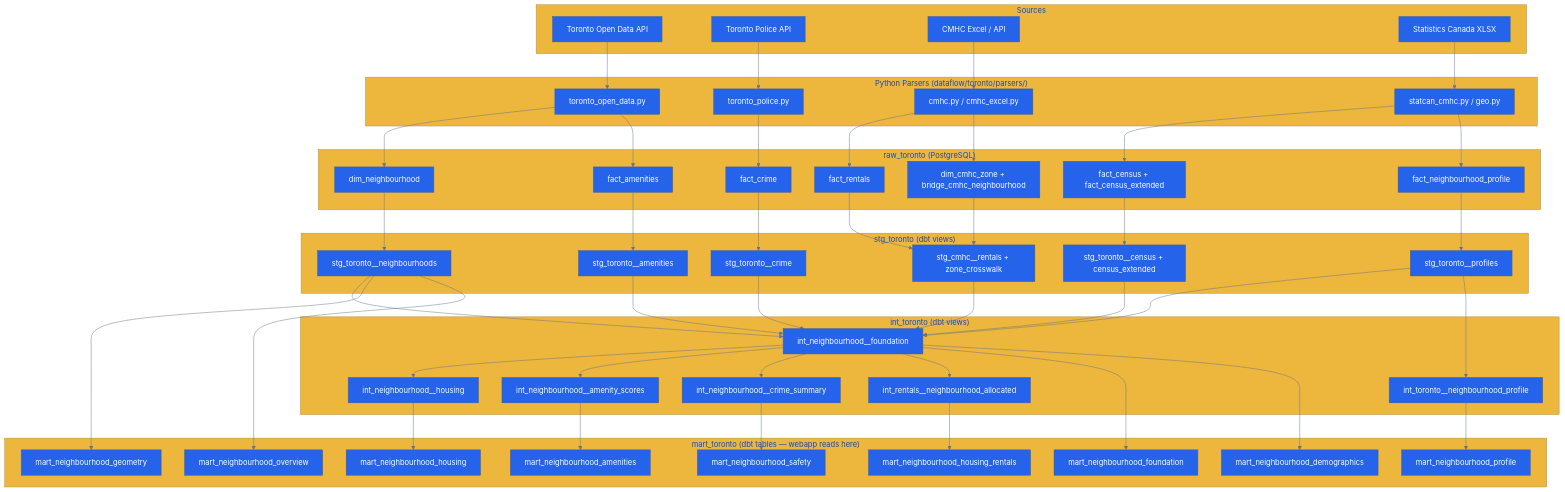
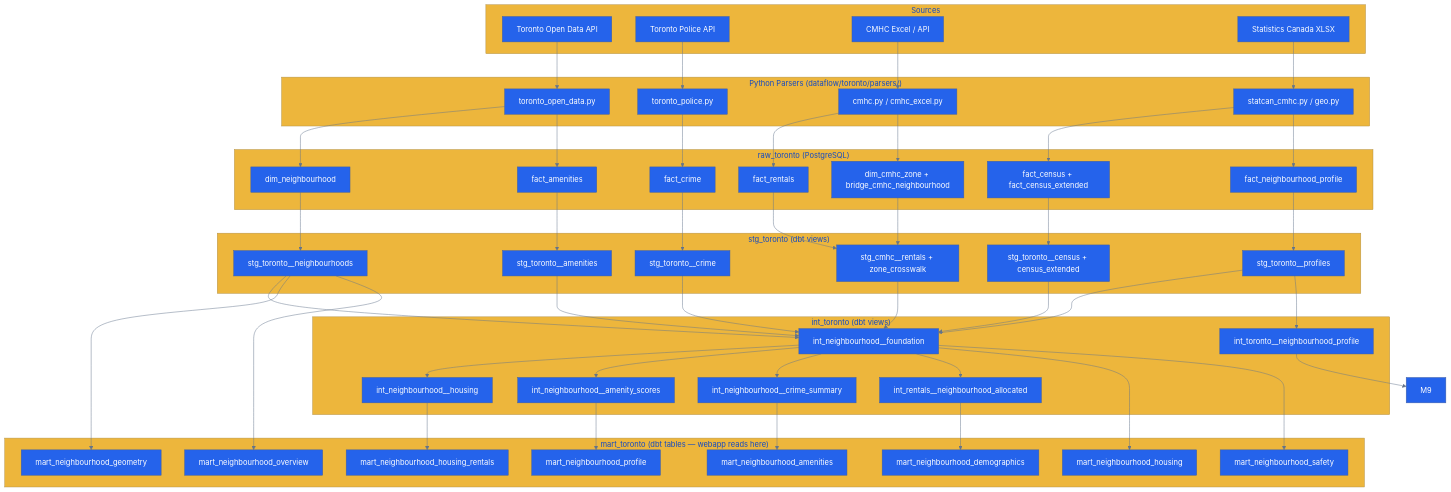
The diagram in docs/toronto/README.md (l3ocho/app-personal-portfolio-dataflow), drawn with Mermaid before and after one commit. The commit also changed other lines of this file and 8 other files, not shown here.

First line of the commit message:
feat(marts): delete mart_neighbourhood_foundation (redundant)

````diff
--- a/docs/toronto/README.md
+++ b/docs/toronto/README.md
@@ -42,81 +42,80 @@
 ```mermaid
 %%{init: {'theme': 'base', 'themeVariables': {'primaryColor': '#2563eb', 'primaryTextColor': '#fff', 'lineColor': '#64748b', 'secondaryColor': '#f1f5f9'}}}%%
 flowchart TD
     subgraph Sources
         S1[Toronto Open Data API]
         S2[Toronto Police API]
         S3[CMHC Excel / API]
         S4[Statistics Canada XLSX]
     end
 
     subgraph Parsers["Python Parsers (dataflow/toronto/parsers/)"]
         P1[toronto_open_data.py]
         P2[toronto_police.py]
         P3[cmhc.py / cmhc_excel.py]
         P4[statcan_cmhc.py / geo.py]
     end
 
     subgraph Raw["raw_toronto (PostgreSQL)"]
         R1[dim_neighbourhood]
         R2[fact_census + fact_census_extended]
         R3[fact_neighbourhood_profile]
         R4[fact_crime]
         R5[fact_amenities]
         R6[fact_rentals]
         R7[dim_cmhc_zone + bridge_cmhc_neighbourhood]
     end
 
     subgraph Staging["stg_toronto (dbt views)"]
         ST1[stg_toronto__neighbourhoods]
         ST2[stg_toronto__census + census_extended]
         ST3[stg_toronto__profiles]
         ST4[stg_toronto__crime]
         ST5[stg_toronto__amenities]
         ST6[stg_cmhc__rentals + zone_crosswalk]
     end
 
     subgraph Intermediate["int_toronto (dbt views)"]
         I1[int_neighbourhood__foundation]
         I2[int_neighbourhood__housing]
         I3[int_neighbourhood__amenity_scores]
         I4[int_neighbourhood__crime_summary]
         I5[int_rentals__neighbourhood_allocated]
         I6[int_toronto__neighbourhood_profile]
     end
 
     subgraph Marts["mart_toronto (dbt tables — webapp reads here)"]
         M1[mart_neighbourhood_geometry]
         M2[mart_neighbourhood_overview]
-        M3[mart_neighbourhood_foundation]
-        M4[mart_neighbourhood_housing]
-        M5[mart_neighbourhood_housing_rentals]
-        M6[mart_neighbourhood_demographics]
-        M7[mart_neighbourhood_safety]
-        M8[mart_neighbourhood_amenities]
-        M9[mart_neighbourhood_profile]
+        M3[mart_neighbourhood_housing]
+        M4[mart_neighbourhood_housing_rentals]
+        M5[mart_neighbourhood_demographics]
+        M6[mart_neighbourhood_safety]
+        M7[mart_neighbourhood_amenities]
+        M8[mart_neighbourhood_profile]
     end
 
     S1 --> P1 --> R1 & R5
     S2 --> P2 --> R4
     S3 --> P3 --> R6 & R7
     S4 --> P4 --> R2 & R3
 
     R1 --> ST1
     R2 --> ST2
     R3 --> ST3
     R4 --> ST4
     R5 --> ST5
     R6 & R7 --> ST6
 
     ST1 & ST2 & ST3 & ST4 & ST5 & ST6 --> I1
     I1 --> I2 & I3 & I4 & I5
     ST3 --> I6
 
     I1 --> M3 & M6
     I2 --> M4
     I3 --> M8
     I4 --> M7
     I5 --> M5
     I6 --> M9
     ST1 --> M1 & M2
 ```
````
